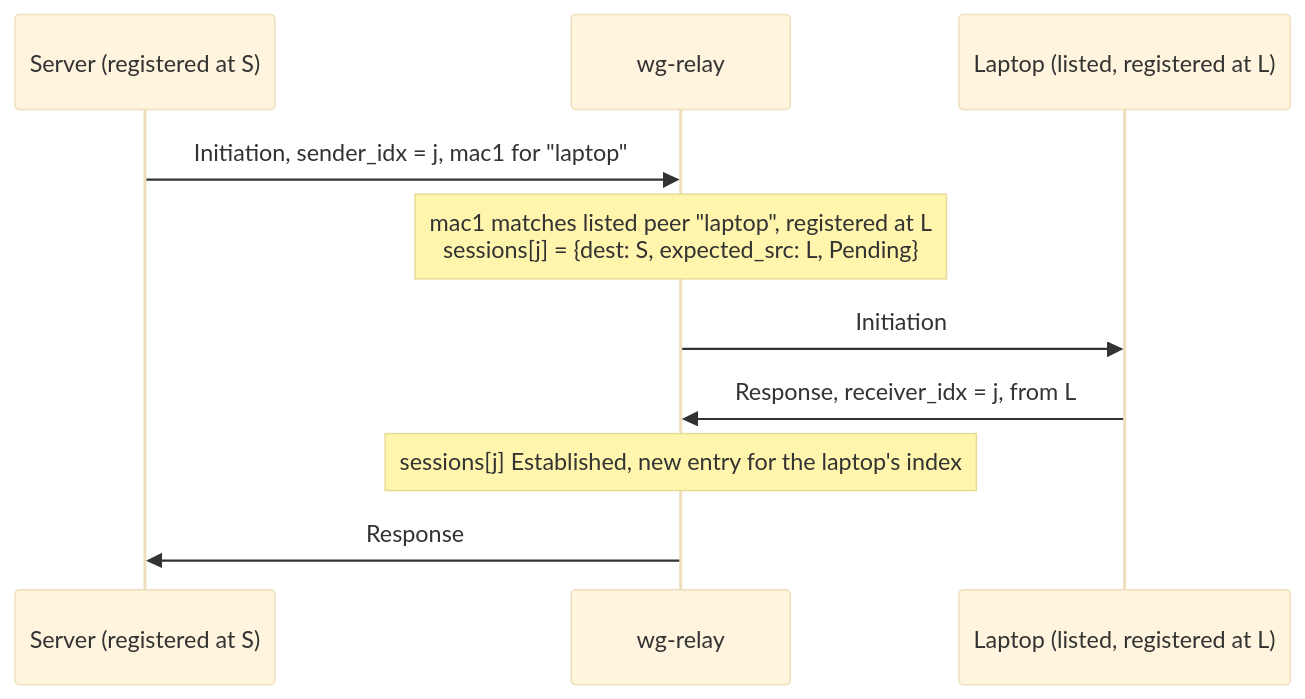
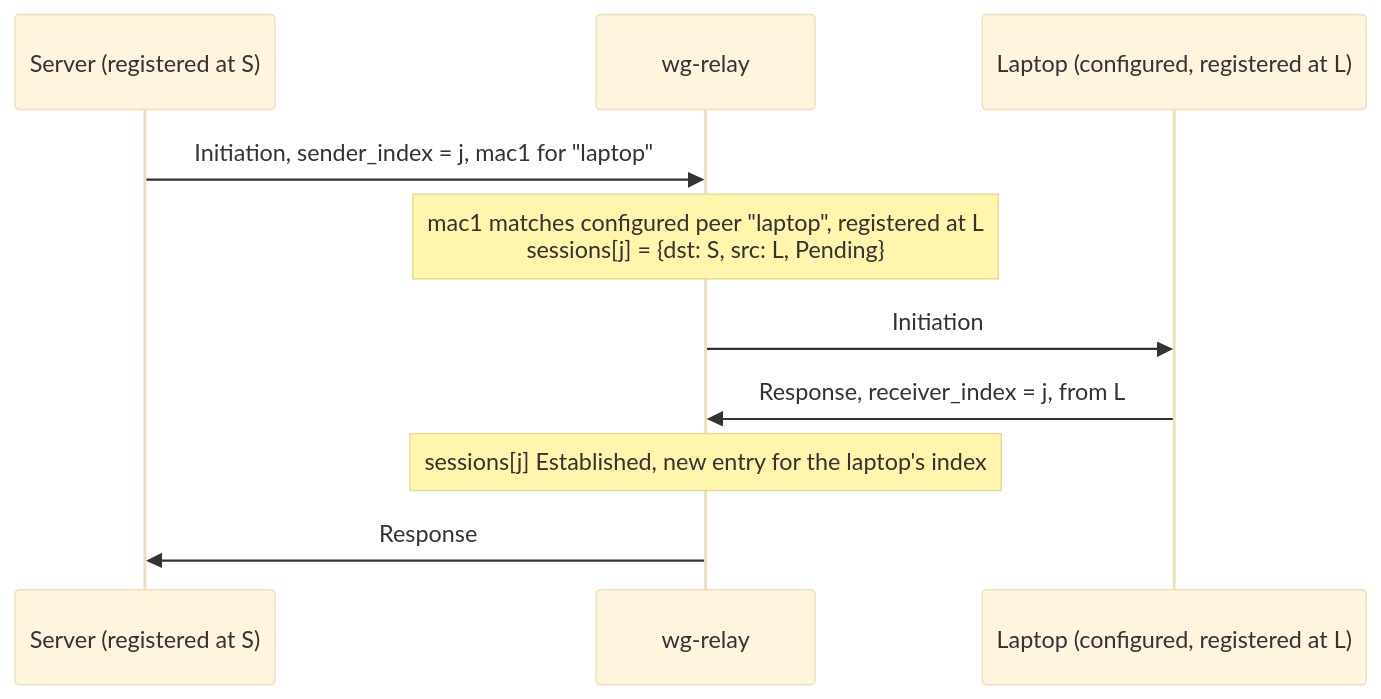
Before and after one commit to 3alpha/wg-relay: diagram 13 of 23 in docs/how-it-works.md, drawn with Mermaid (base theme). The commit also changed other lines of this file and 46 other files, not shown here.

````diff
--- a/docs/how-it-works.md
+++ b/docs/how-it-works.md
@@ -479,12 +481,12 @@
 ```mermaid
 sequenceDiagram
     participant S as Server (registered at S)
     participant R as wg-relay
-    participant L as Laptop (listed, registered at L)
-    S->>R: Initiation, sender_idx = j, mac1 for "laptop"
-    Note over R: mac1 matches listed peer "laptop", registered at L<br/>sessions[j] = {dest: S, expected_src: L, Pending}
+    participant L as Laptop (configured, registered at L)
+    S->>R: Initiation, sender_index = j, mac1 for "laptop"
+    Note over R: mac1 matches configured peer "laptop", registered at L<br/>sessions[j] = {dst: S, src: L, Pending}
     R->>L: Initiation
-    L->>R: Response, receiver_idx = j, from L
+    L->>R: Response, receiver_index = j, from L
     Note over R: sessions[j] Established, new entry for the laptop's index
     R->>S: Response
 ```
````
